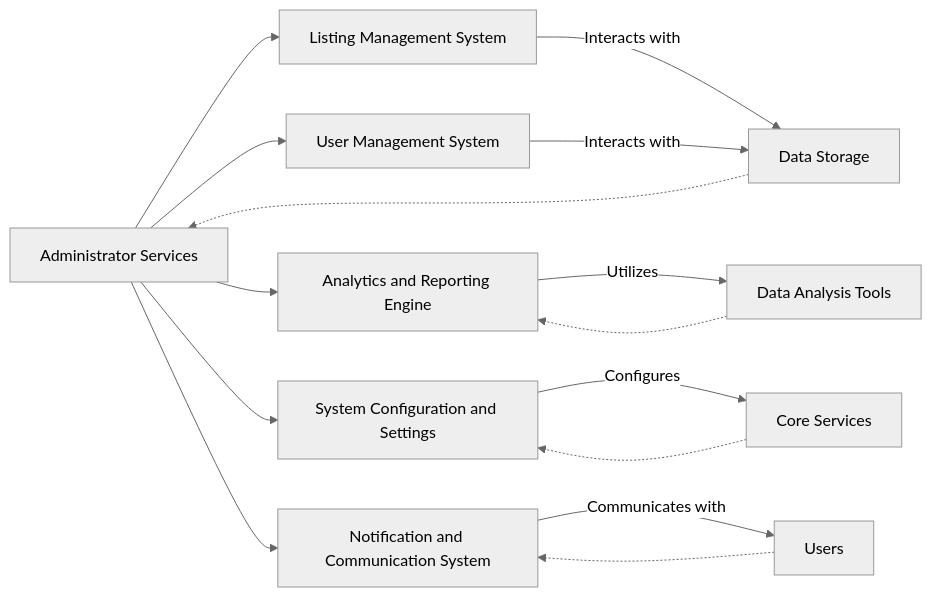
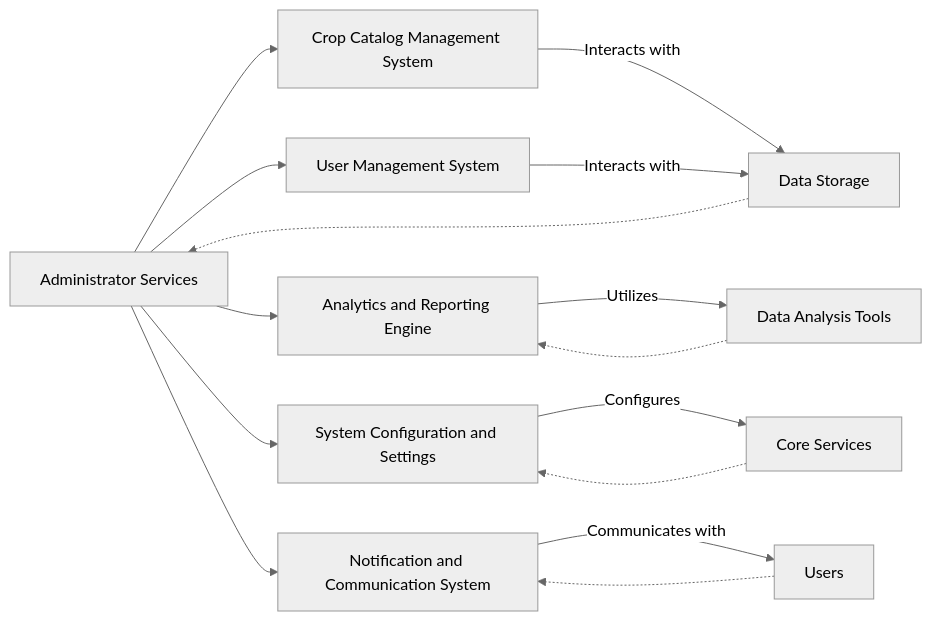
Before and after one commit to harvesit/harvesit: the sixth of 6 diagrams in README.md, drawn with Mermaid (neutral theme).

````diff
--- a/README.md
+++ b/README.md
@@ -302,20 +302,20 @@
 ```mermaid
 graph LR
-    AS[Administrator Services] --> LMS[Listing Management System]
+    AS[Administrator Services] --> LMS[Crop Catalog Management System]
     AS --> UMS[User Management System]
     AS --> ARE[Analytics and Reporting Engine]
     AS --> SCAS[System Configuration and Settings]
     AS --> NCS[Notification and Communication System]
 
     LMS -->|Interacts with| DS[Data Storage]
     UMS -->|Interacts with| DS
     ARE -->|Utilizes| DAT[Data Analysis Tools]
     SCAS -->|Configures| CS[Core Services]
     NCS -->|Communicates with| U[Users]
 
     DS[Data Storage] -.-> AS
     DAT -.-> ARE
     CS -.-> SCAS
     U -.-> NCS
 
 ```
````
